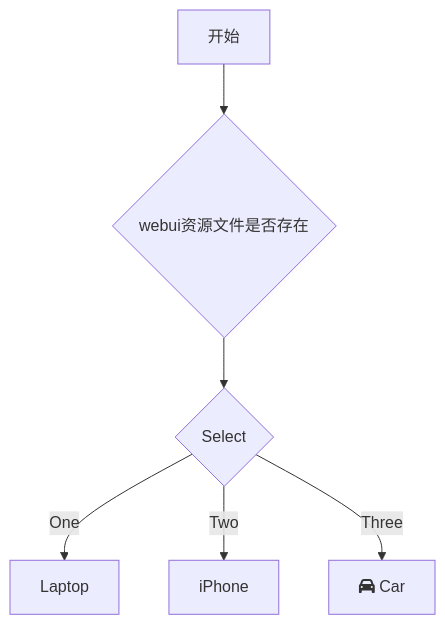
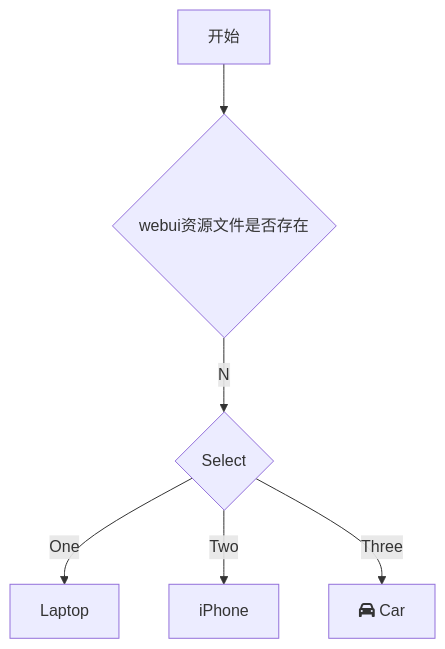
One commit to HaleyCoder/iodraw-files changed the diagram in all/未命名.md. Above: the diagram before and after it, drawn with Mermaid.

Commit message:
2024-08-29 14:34:49 update

````diff
--- a/all/未命名.md
+++ b/all/未命名.md
@@ -1,9 +1,9 @@
 ```mermaid
 graph TD
     A[开始] --> B{webui资源文件是否存在}
-    B -->| | C{Select}
+    B -->|N| C{Select}
     C -->|One| D[Laptop]
     C -->|Two| E[iPhone]
     C -->|Three| F[fa:fa-car Car]
   
 ```
````
